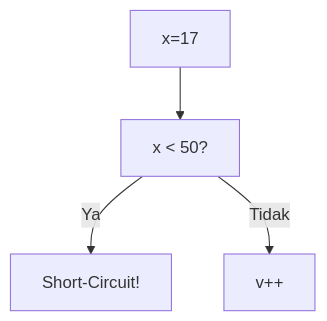
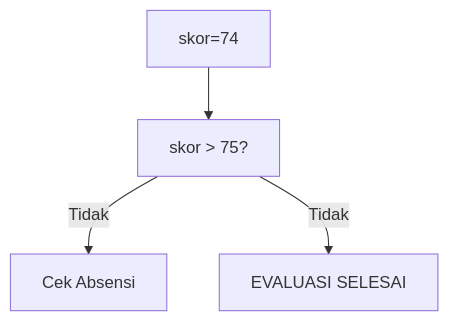
One commit to amnahwaida/OSNK_INF_PREP changed diagram 14 of 25 in part-c-pemahaman-cpp/02-percabangan/latihan/set-05.md. Above: the diagram before and after it, drawn with Mermaid. The commit also changed other lines of this file and 71 other files, not shown here.

````diff
--- a/part-c-pemahaman-cpp/02-percabangan/latihan/set-05.md
+++ b/part-c-pemahaman-cpp/02-percabangan/latihan/set-05.md
@@ -388,6 +407,6 @@
 ```mermaid
 graph TD
-A["x=17"] --> B["x < 50?"]
-B -- Ya --> C["Short-Circuit!"]
-B -- Tidak --> D["v++"]
+A["skor=74"] --> B["skor > 75?"]
+B -- Tidak --> C["Cek Absensi"]
+B -- Tidak --> D["EVALUASI SELESAI"]
 ```
````
